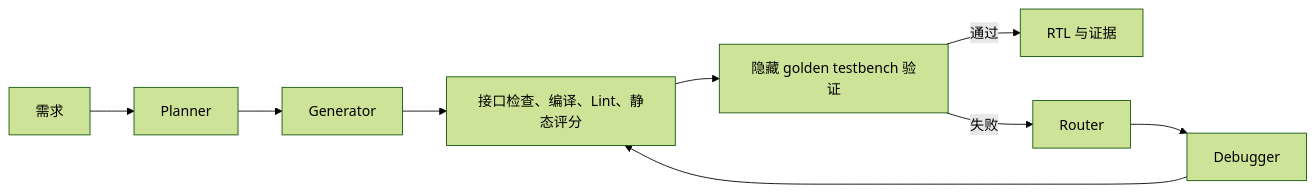
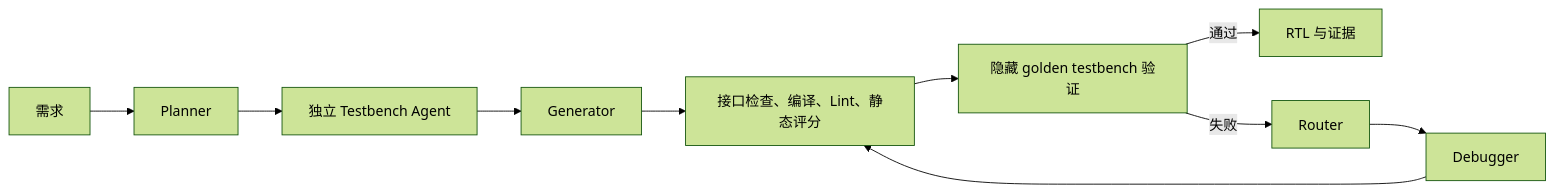
The diagram in README.md (MANTOKA/RTLForge), drawn with Mermaid (forest theme) before and after one commit. The commit also changed other lines of this file and 59 other files, not shown here.

````diff
--- a/README.md
+++ b/README.md
@@ -22,11 +22,12 @@
 ```mermaid
 flowchart LR
     U[需求] --> P[Planner]
-    P --> G[Generator]
+    P --> T[独立 Testbench Agent]
+    T --> G[Generator]
     G --> E[接口检查、编译、Lint、静态评分]
     E --> V[隐藏 golden testbench 验证]
     V -->|通过| O[RTL 与证据]
     V -->|失败| R[Router]
     R --> D[Debugger]
     D --> E
 ```
````
